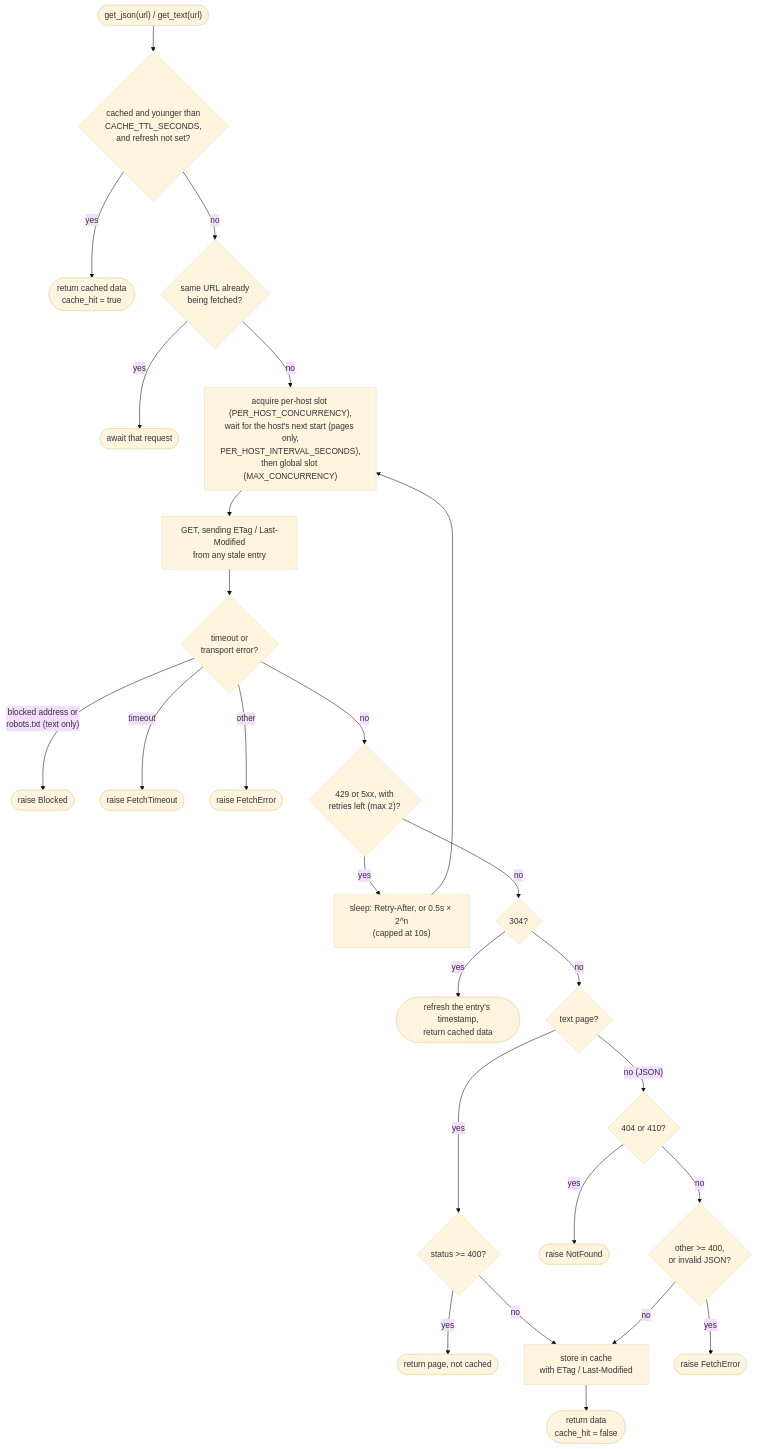
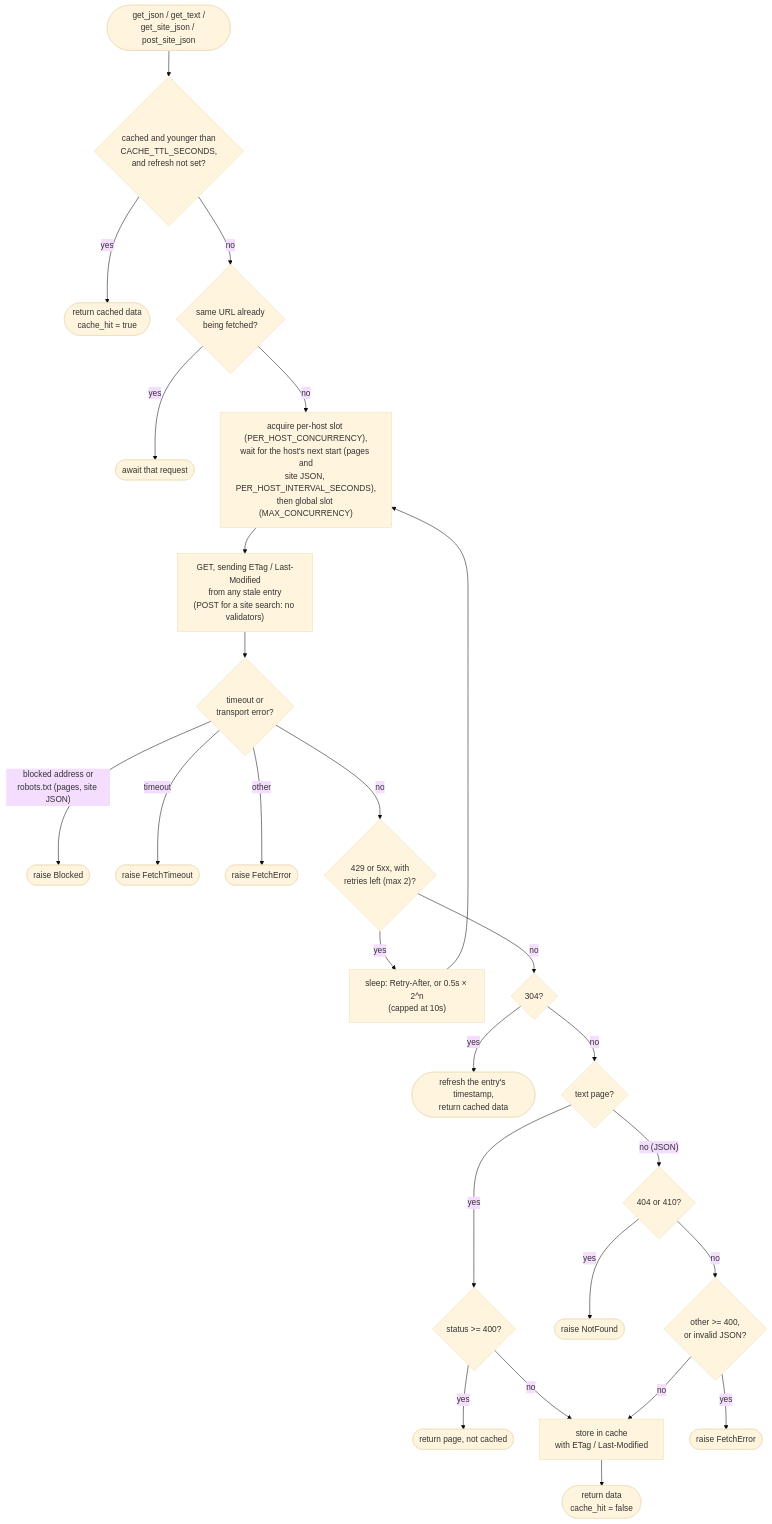
The fourth of 7 diagrams in docs/architecture.md (HakujouRyu/jobboard-mcp), drawn with Mermaid (base theme) before and after one commit. The commit also changed other lines of this file and 5 other files, not shown here.

First line of the commit message:
Add guarded GET and POST for careers-site JSON

````diff
--- a/docs/architecture.md
+++ b/docs/architecture.md
@@ -176,27 +176,27 @@
 ```mermaid
 flowchart TD
-    start(["get_json(url) / get_text(url)"]) --> fresh{"cached and younger than<br/>CACHE_TTL_SECONDS,<br/>and refresh not set?"}
+    start(["get_json / get_text /<br/>get_site_json / post_site_json"]) --> fresh{"cached and younger than<br/>CACHE_TTL_SECONDS,<br/>and refresh not set?"}
     fresh -- yes --> hit(["return cached data<br/>cache_hit = true"])
     fresh -- no --> inflight{"same URL already<br/>being fetched?"}
     inflight -- yes --> join(["await that request"])
-    inflight -- no --> slots["acquire per-host slot (PER_HOST_CONCURRENCY),<br/>wait for the host's next start (pages only,<br/>PER_HOST_INTERVAL_SECONDS),<br/>then global slot (MAX_CONCURRENCY)"]
-    slots --> send["GET, sending ETag / Last-Modified<br/>from any stale entry"]
+    inflight -- no --> slots["acquire per-host slot (PER_HOST_CONCURRENCY),<br/>wait for the host's next start (pages and<br/>site JSON, PER_HOST_INTERVAL_SECONDS),<br/>then global slot (MAX_CONCURRENCY)"]
+    slots --> send["GET, sending ETag / Last-Modified<br/>from any stale entry<br/>(POST for a site search: no validators)"]
     send --> exc{"timeout or<br/>transport error?"}
-    exc -- "blocked address or<br/>robots.txt (text only)" --> fb(["raise Blocked"])
+    exc -- "blocked address or<br/>robots.txt (pages, site JSON)" --> fb(["raise Blocked"])
     exc -- timeout --> ft(["raise FetchTimeout"])
     exc -- other --> fe(["raise FetchError"])
     exc -- no --> retry{"429 or 5xx, with<br/>retries left (max 2)?"}
     retry -- yes --> wait["sleep: Retry-After, or 0.5s × 2^n<br/>(capped at 10s)"] --> slots
     retry -- no --> s304{"304?"}
     s304 -- yes --> renew(["refresh the entry's timestamp,<br/>return cached data"])
     s304 -- no --> kind{"text page?"}
     kind -- yes --> page{"status >= 400?"}
     page -- yes --> nocache(["return page, not cached"])
     page -- no --> store
     kind -- "no (JSON)" --> j404{"404 or 410?"}
     j404 -- yes --> nf(["raise NotFound"])
     j404 -- no --> j4xx{"other >= 400,<br/>or invalid JSON?"}
     j4xx -- yes --> fe2(["raise FetchError"])
     j4xx -- no --> store["store in cache<br/>with ETag / Last-Modified"]
     store --> done(["return data<br/>cache_hit = false"])
 ```
````
